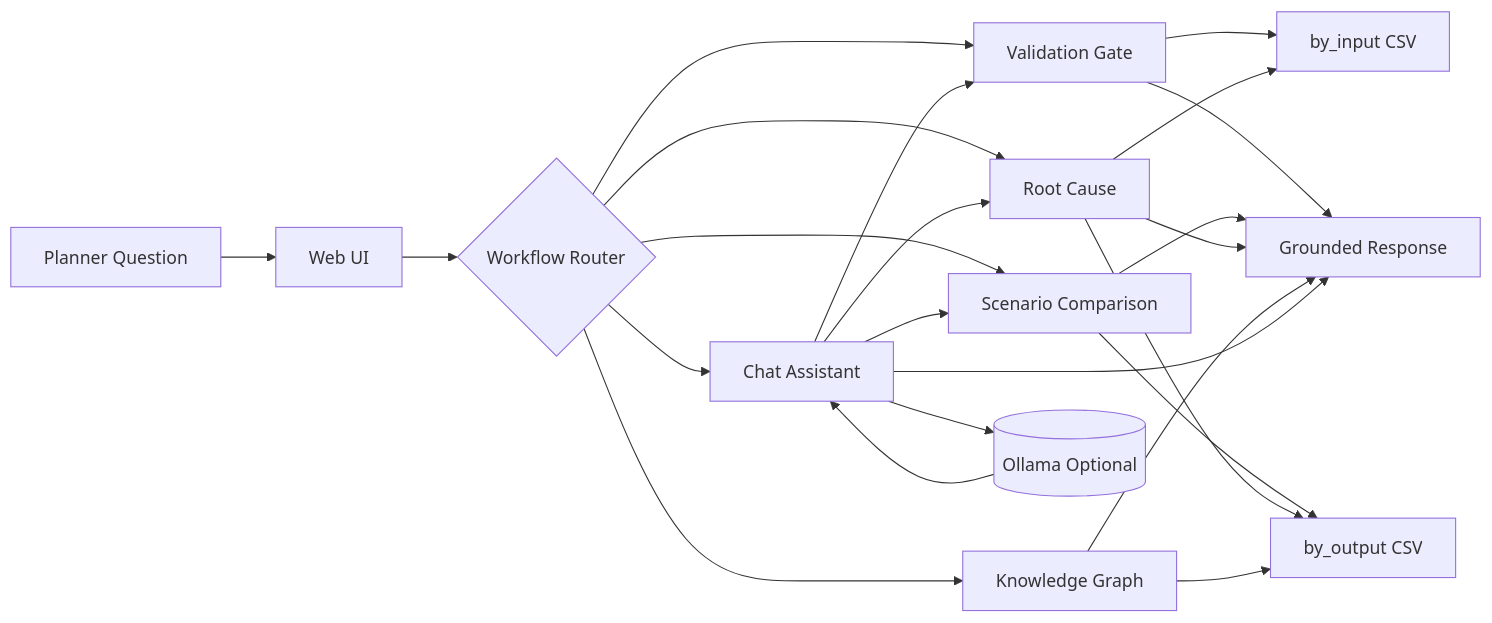
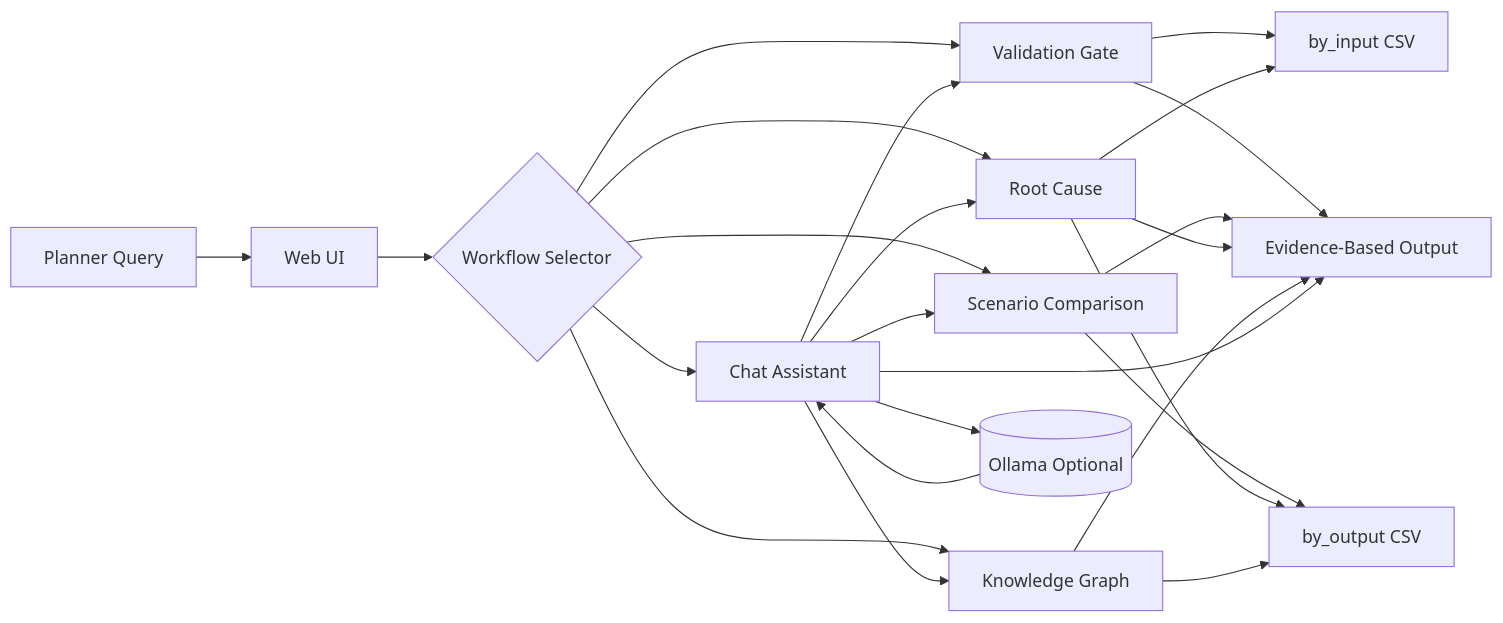
Before and after one commit to jyotiranjanojha/ifsupplystory: the first of 3 diagrams in README.md, drawn with Mermaid. The commit also changed other lines of this file and 8 other files, not shown here.

````diff
--- a/README.md
+++ b/README.md
@@ -24,28 +74,29 @@
 ```mermaid
 flowchart LR
-  A[Planner Question] --> B[Web UI]
-  B --> C{Workflow Router}
+  A[Planner Query] --> B[Web UI]
+  B --> C{Workflow Selector}
   C --> D[Validation Gate]
   C --> E[Scenario Comparison]
   C --> F[Root Cause]
   C --> G[Knowledge Graph]
   C --> H[Chat Assistant]
 
   D --> I[by_input CSV]
   E --> J[by_output CSV]
   F --> I
   F --> J
   G --> J
   H --> D
   H --> E
   H --> F
+  H --> G
 
   H --> K[(Ollama Optional)]
   K --> H
 
-  D --> L[Grounded Response]
+  D --> L[Evidence-Based Output]
   E --> L
   F --> L
   G --> L
   H --> L
 ```
````
